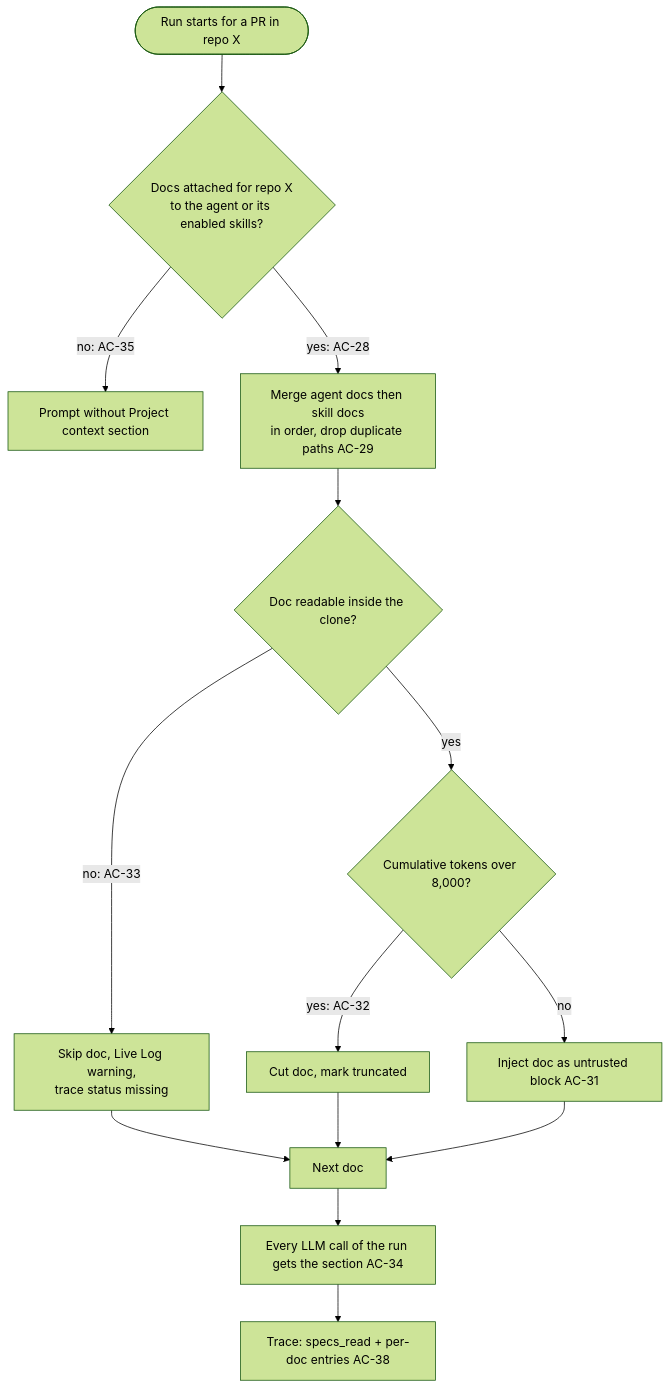
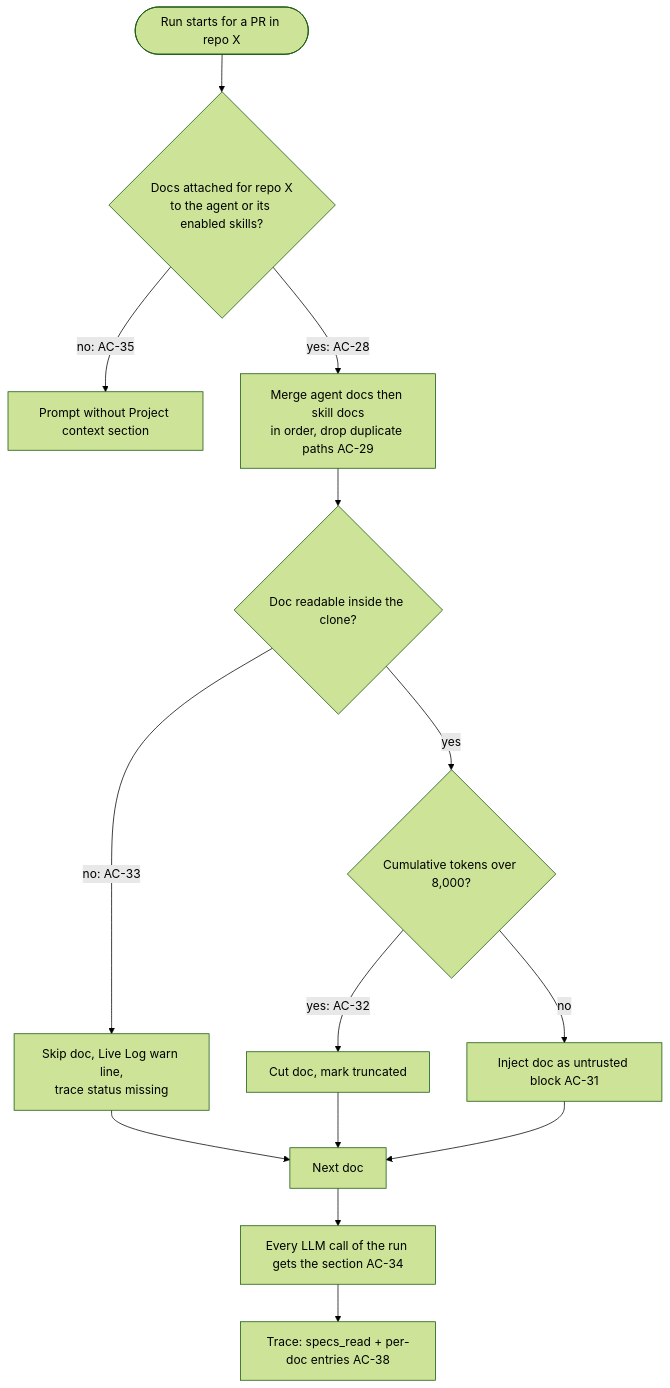
One commit to otkachuk777/dev-digest changed the first of 2 diagrams in specs/SPEC-01-project-context-folder.md. Above: the diagram before and after it, drawn with Mermaid (forest theme). The commit also changed other lines of this file, not shown here.

Commit message:
docs(specs): SPEC-01 planning amendments (422, excluded dirs, warn log kind)

````diff
--- a/specs/SPEC-01-project-context-folder.md
+++ b/specs/SPEC-01-project-context-folder.md
@@ -50,16 +50,16 @@
 ```mermaid
 flowchart TD
     A([Run starts for a PR in repo X]) --> B{Docs attached for repo X\nto the agent or its enabled skills?}
     B -- no: AC-35 --> Z[Prompt without Project context section]
     B -- yes: AC-28 --> C[Merge agent docs then skill docs\nin order, drop duplicate paths AC-29]
     C --> D{Doc readable inside the clone?}
-    D -- no: AC-33 --> E[Skip doc, Live Log warning,\ntrace status missing]
+    D -- no: AC-33 --> E[Skip doc, Live Log warn line,\ntrace status missing]
     D -- yes --> F{Cumulative tokens over 8,000?}
     F -- yes: AC-32 --> G[Cut doc, mark truncated]
     F -- no --> H[Inject doc as untrusted block AC-31]
     E --> I[Next doc]
     G --> I
     H --> I
     I --> J[Every LLM call of the run gets the section AC-34]
     J --> K[Trace: specs_read + per-doc entries AC-38]
 ```
````
